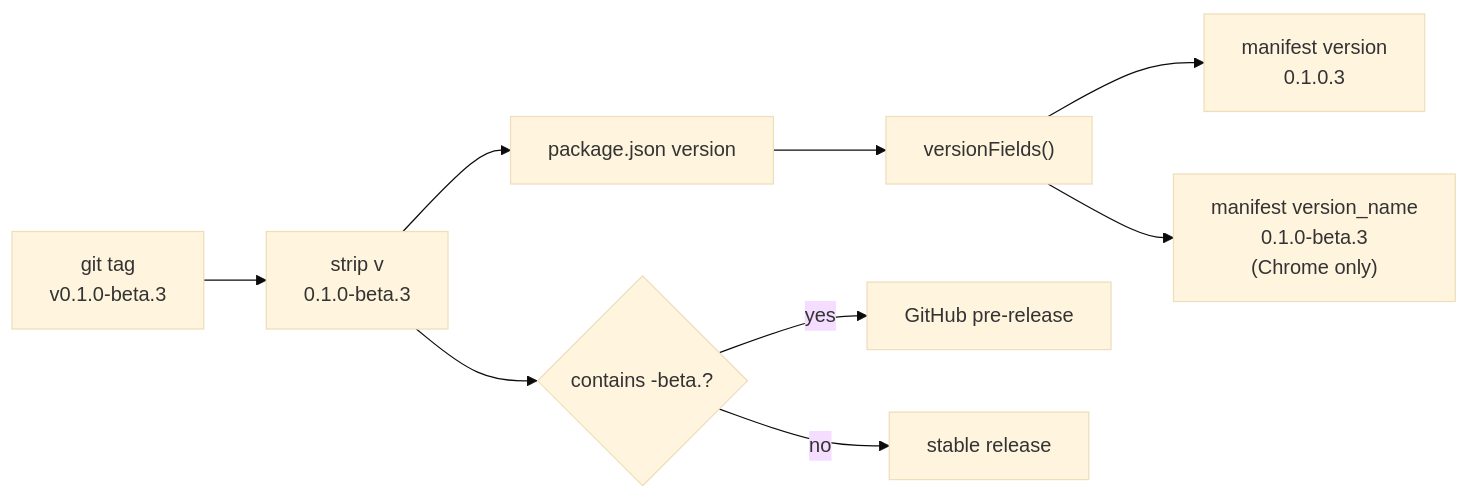
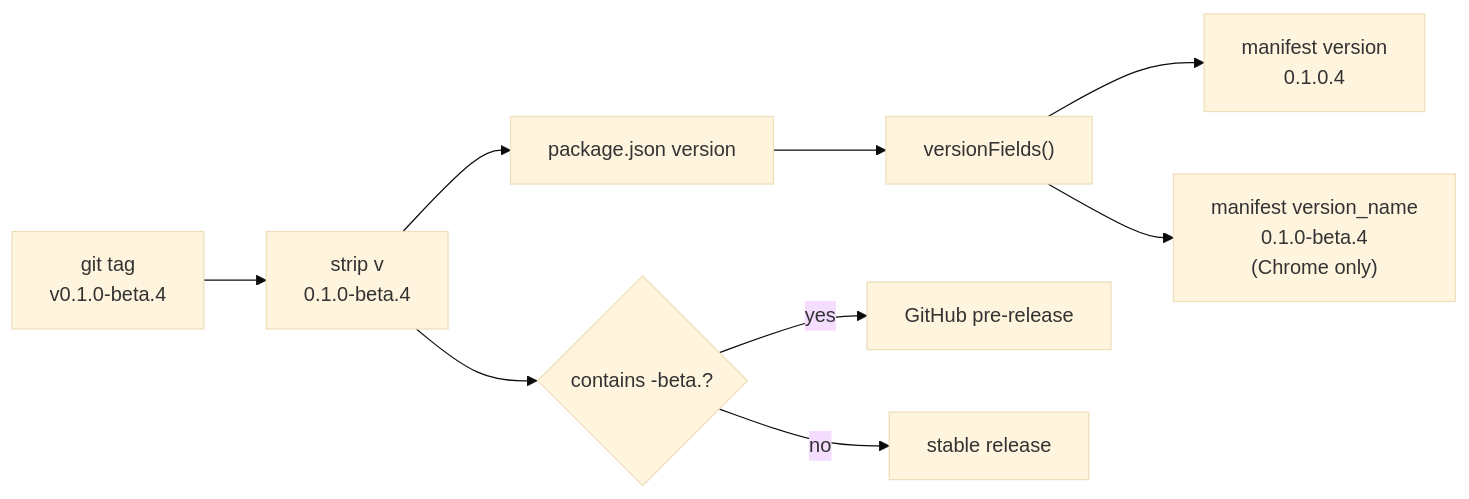
The first of 2 diagrams in docs/releasing.md (abdullahkhfb/narrately), drawn with Mermaid (base theme) before and after one commit. The commit also changed other lines of this file and 50 other files, not shown here.

````diff
--- a/docs/releasing.md
+++ b/docs/releasing.md
@@ -19,11 +19,11 @@
 ```mermaid
 flowchart LR
-    tag["git tag<br/>v0.1.0-beta.3"] --> strip["strip v<br/>0.1.0-beta.3"]
+    tag["git tag<br/>v0.1.0-beta.4"] --> strip["strip v<br/>0.1.0-beta.4"]
     strip --> npm["package.json version"]
     npm --> mf["versionFields()"]
-    mf --> ver["manifest version<br/>0.1.0.3"]
-    mf --> name["manifest version_name<br/>0.1.0-beta.3<br/>(Chrome only)"]
+    mf --> ver["manifest version<br/>0.1.0.4"]
+    mf --> name["manifest version_name<br/>0.1.0-beta.4<br/>(Chrome only)"]
     strip --> pre{"contains -beta.?"}
     pre -- yes --> prerelease["GitHub pre-release"]
     pre -- no --> stable["stable release"]
 ```
````
